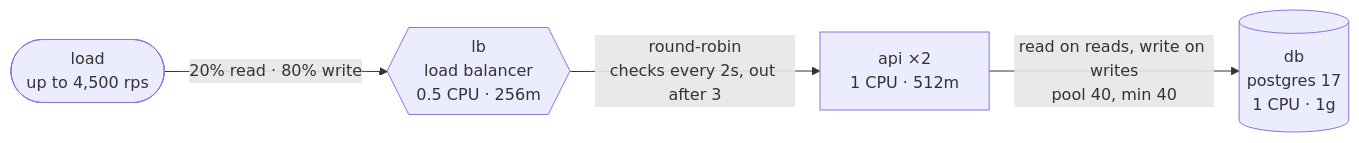
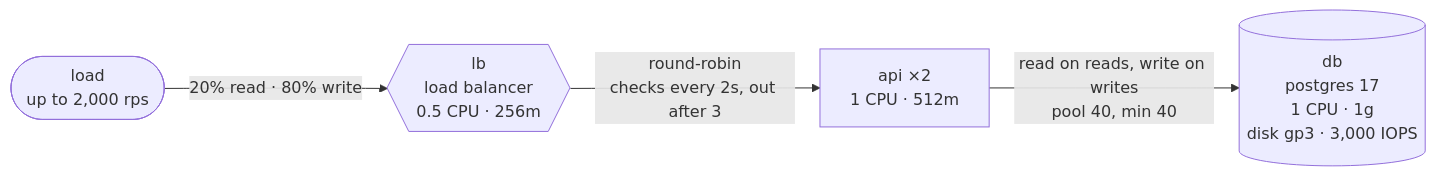
The diagram in scenarios/live-vote/README.md (akinfemi/load-lore), drawn with Mermaid before and after one commit. The commit also changed other lines of this file and 125 other files, not shown here.

````diff
--- a/scenarios/live-vote/README.md
+++ b/scenarios/live-vote/README.md
@@ -9,10 +9,10 @@
 ```mermaid
 flowchart LR
-    load(["load<br/>up to 4,500 rps"])
+    load(["load<br/>up to 2,000 rps"])
     lb{{"lb<br/>load balancer<br/>0.5 CPU · 256m"}}
     api["api ×2<br/>1 CPU · 512m"]
-    db[("db<br/>postgres 17<br/>1 CPU · 1g")]
+    db[("db<br/>postgres 17<br/>1 CPU · 1g<br/>disk gp3 · 3,000 IOPS")]
     load -->|"20% read · 80% write"| lb
     lb -->|"round-robin<br/>checks every 2s, out after 3"| api
     api -->|"read on reads, write on writes<br/>pool 40, min 40"| db
 ```
````
